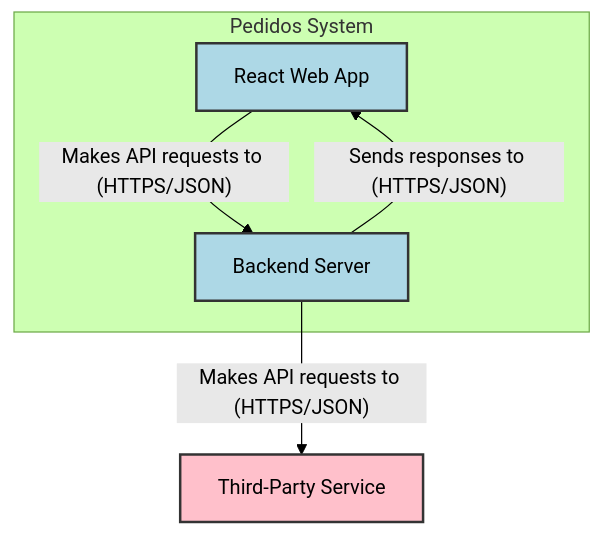
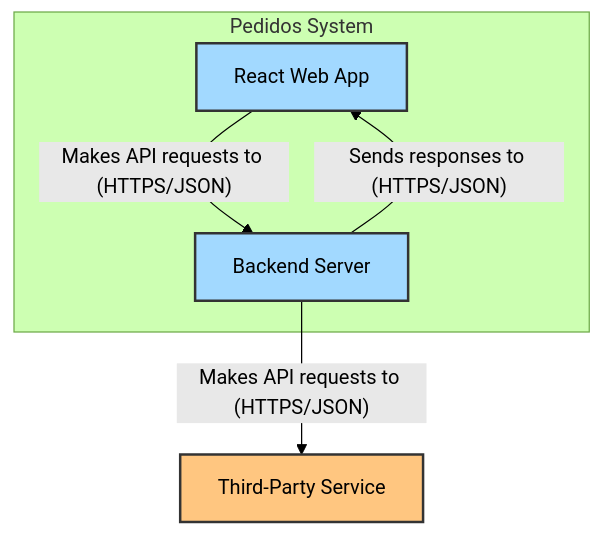
The second of 2 diagrams in ARCHITECTURE.md (monicasierrar/trimon-pedidos-fe), drawn with Mermaid (forest theme) before and after one commit. The commit also changed other lines of this file, not shown here.

Commit message:
* update color schemes

````diff
--- a/ARCHITECTURE.md
+++ b/ARCHITECTURE.md
@@ -31,23 +31,23 @@
 ```mermaid
 graph TD
     %% Define nodes for the system boundary
     subgraph Pedidos System
         react_web_app[React Web App]
         backend_server[Backend Server]
     end
 
     %% Define external system
     third_party_service[Third-Party Service]
 
 
     %% Define relationships
     react_web_app -- "Makes API requests to (HTTPS/JSON)" --> backend_server
     backend_server -- "Makes API requests to (HTTPS/JSON)" --> third_party_service
     backend_server -- "Sends responses to (HTTPS/JSON)" --> react_web_app
 
     %% Styling (optional, for visual distinction)
-    style react_web_app fill:#ADD8E6,stroke:#333,stroke-width:2px
-    style backend_server fill:#ADD8E6,stroke:#333,stroke-width:2px
-    style third_party_service fill:#FFC0CB,stroke:#333,stroke-width:2px
+    style react_web_app fill:#A2D9FF,stroke:#333,stroke-width:2px
+    style backend_server fill:#A2D9FF,stroke:#333,stroke-width:2px
+    style third_party_service fill:#FFC680,stroke:#333,stroke-width:2px
 
 ```
````
